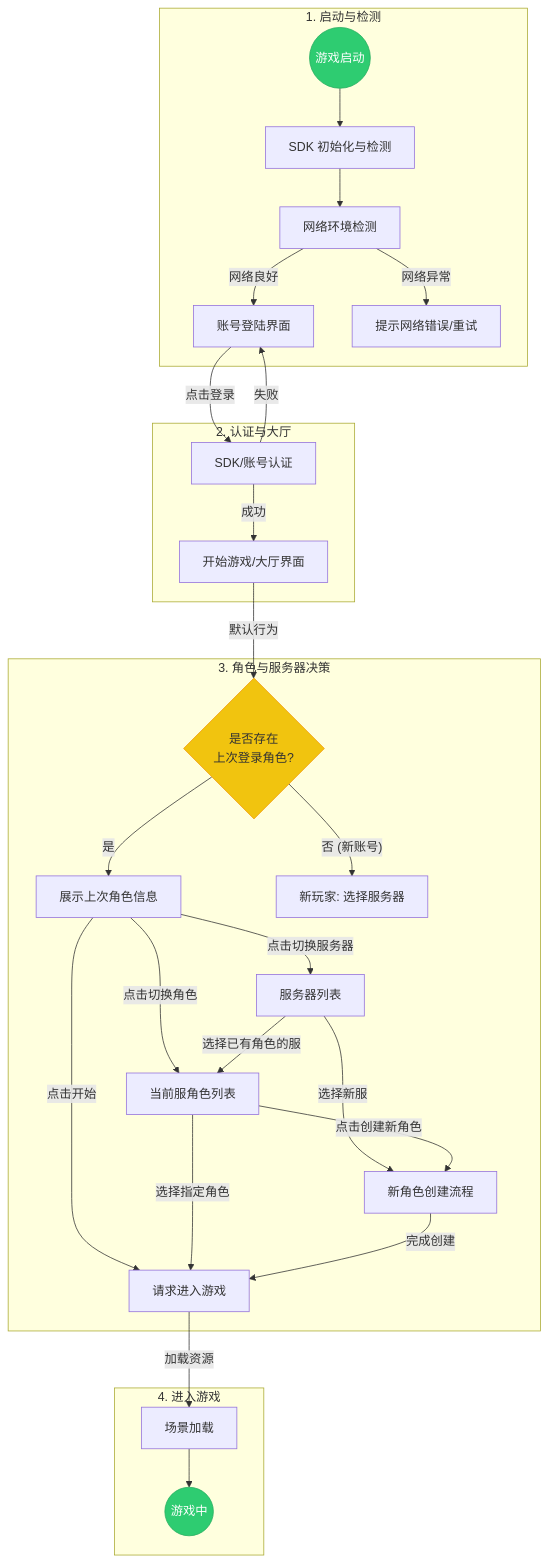
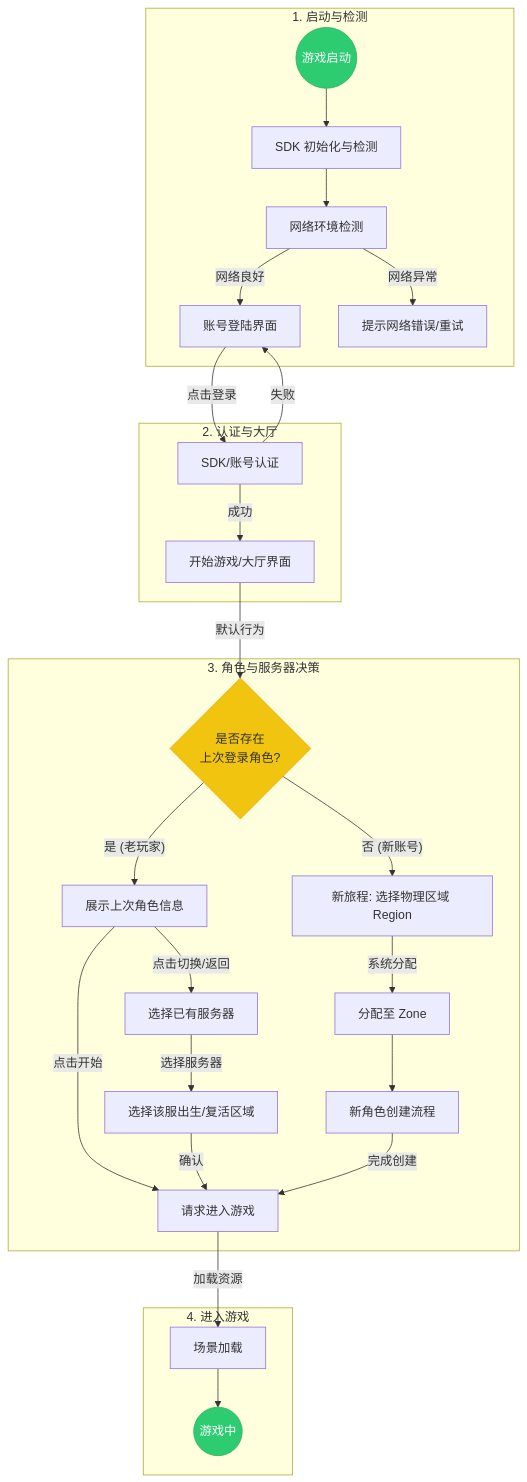
Before and after one commit to Sherlock3rd/BeagleDoc: the diagram in docs/login_flow_design.md, drawn with Mermaid. The commit also changed other lines of this file and 1 other file, not shown here.

Commit message:
feat(doc): update login flow design with landscape wireframes and scheme2 server selection

````diff
--- a/docs/login_flow_design.md
+++ b/docs/login_flow_design.md
@@ -7,46 +7,45 @@
 ```mermaid
 graph TD
     %% 阶段定义
     subgraph Stage1_Init [1. 启动与检测]
         Start((游戏启动)) --> SDKCheck[SDK 初始化与检测]
         SDKCheck --> NetCheck[网络环境检测]
         NetCheck -->|网络良好| LoginPage[账号登陆界面]
         NetCheck -->|网络异常| ErrorNet[提示网络错误/重试]
     end
 
     subgraph Stage2_Login [2. 认证与大厅]
         LoginPage -->|点击登录| Auth[SDK/账号认证]
         Auth -->|成功| RoleLobby[开始游戏/大厅界面]
         Auth -->|失败| LoginPage
     end
 
     subgraph Stage3_Selection [3. 角色与服务器决策]
         RoleLobby -->|默认行为| QuickStart{是否存在<br>上次登录角色?}
         
-        QuickStart -- 是 --> ShowLastRole[展示上次角色信息]
+        QuickStart -- 是 (老玩家) --> ShowLastRole[展示上次角色信息]
         ShowLastRole -->|点击开始| EnterGameProcess[请求进入游戏]
         
-        ShowLastRole -->|点击切换服务器| ServerList[服务器列表]
-        ShowLastRole -->|点击切换角色| RoleList[当前服角色列表]
+        ShowLastRole -->|点击切换/返回| SelectExistingServer[选择已有服务器]
         
-        QuickStart -- 否 (新账号) --> ServerSelection[新玩家: 选择服务器]
+        QuickStart -- 否 (新账号) --> SelectRegion[新旅程: 选择物理区域 Region]
         
-        %% 切换逻辑分支
-        ServerList -->|选择已有角色的服| RoleList
-        ServerList -->|选择新服| NewCharFlow[新角色创建流程]
+        %% Scheme 2 Selection Logic
+        SelectRegion -->|系统分配| EnterZone[分配至 Zone]
+        EnterZone --> NewCharFlow[新角色创建流程]
         
-        RoleList -->|选择指定角色| EnterGameProcess
-        RoleList -->|点击创建新角色| NewCharFlow
+        SelectExistingServer -->|选择服务器| SelectRegionOld[选择该服出生/复活区域]
+        SelectRegionOld -->|确认| EnterGameProcess
     end
 
     subgraph Stage4_Entry [4. 进入游戏]
         NewCharFlow -->|完成创建| EnterGameProcess
         EnterGameProcess -->|加载资源| Loading[场景加载]
         Loading --> InGame((游戏中))
     end
     
     %% 样式
     style Start fill:#2ecc71,stroke:#27ae60,color:white
     style InGame fill:#2ecc71,stroke:#27ae60,color:white
     style QuickStart fill:#f1c40f,stroke:#f39c12
 ```
````
